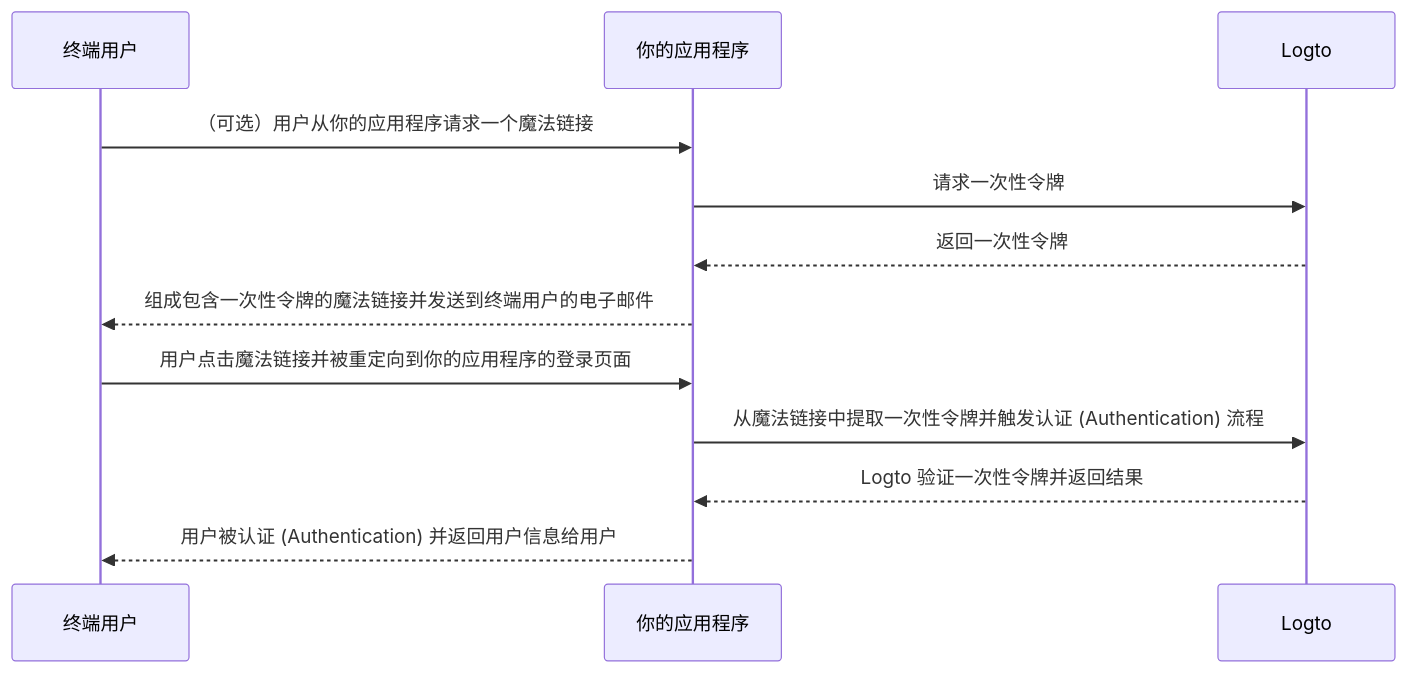
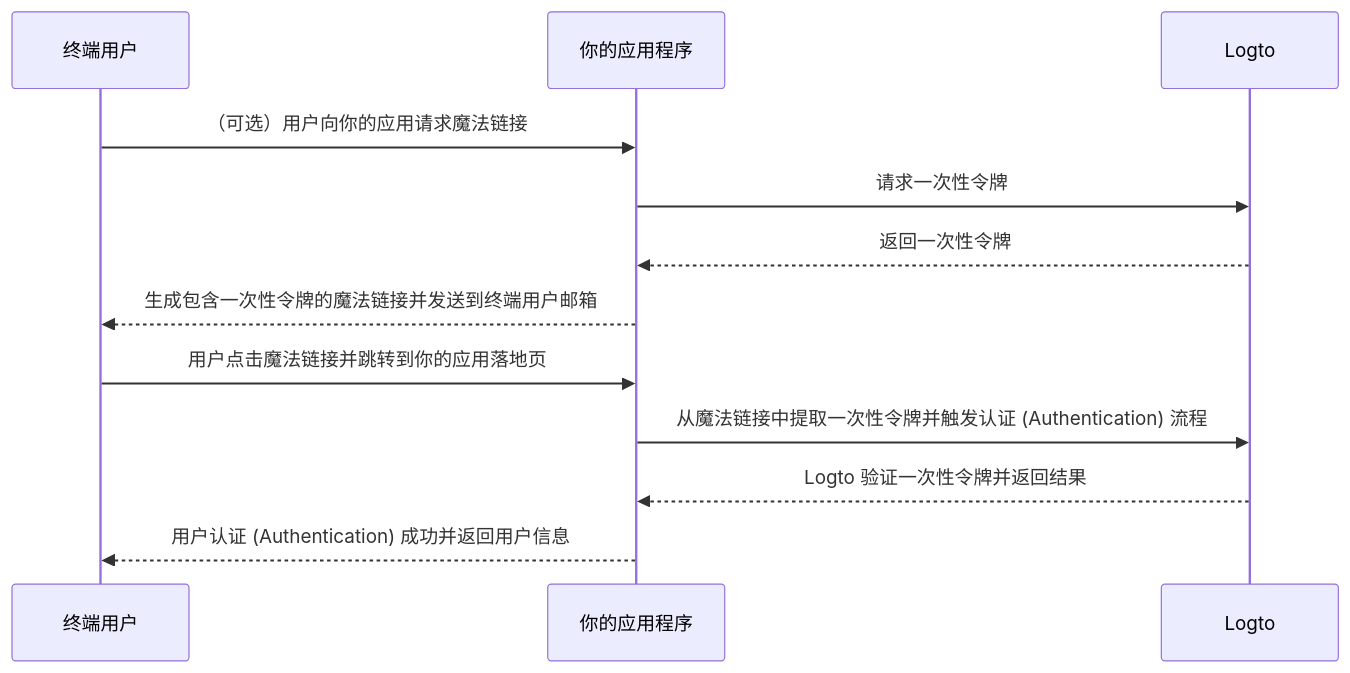
One commit to logto-io/docs changed the diagram in i18n/zh-CN/docusaurus-plugin-content-docs/current/end-user-flows/one-time-token.mdx. Above: the diagram before and after it, drawn with Mermaid. The commit also changed other lines of this file and 233 other files, not shown here.

````diff
--- a/i18n/zh-CN/docusaurus-plugin-content-docs/current/end-user-flows/one-time-token.mdx
+++ b/i18n/zh-CN/docusaurus-plugin-content-docs/current/end-user-flows/one-time-token.mdx
@@ -24,15 +24,15 @@
 ```mermaid
 sequenceDiagram
   participant U as 终端用户
   participant C as 你的应用程序
   participant L as Logto
 
-  U ->> C: （可选）用户从你的应用程序请求一个魔法链接
+  U ->> C: （可选）用户向你的应用请求魔法链接
   C ->> L: 请求一次性令牌
   L -->> C: 返回一次性令牌
-  C -->> U: 组成包含一次性令牌的魔法链接并发送到终端用户的电子邮件
-  U ->> C: 用户点击魔法链接并被重定向到你的应用程序的登录页面
+  C -->> U: 生成包含一次性令牌的魔法链接并发送到终端用户邮箱
+  U ->> C: 用户点击魔法链接并跳转到你的应用落地页
   C ->> L: 从魔法链接中提取一次性令牌并触发认证 (Authentication) 流程
   L -->> C: Logto 验证一次性令牌并返回结果
-  C -->> U: 用户被认证 (Authentication) 并返回用户信息给用户
+  C -->> U: 用户认证 (Authentication) 成功并返回用户信息
 ```
````
